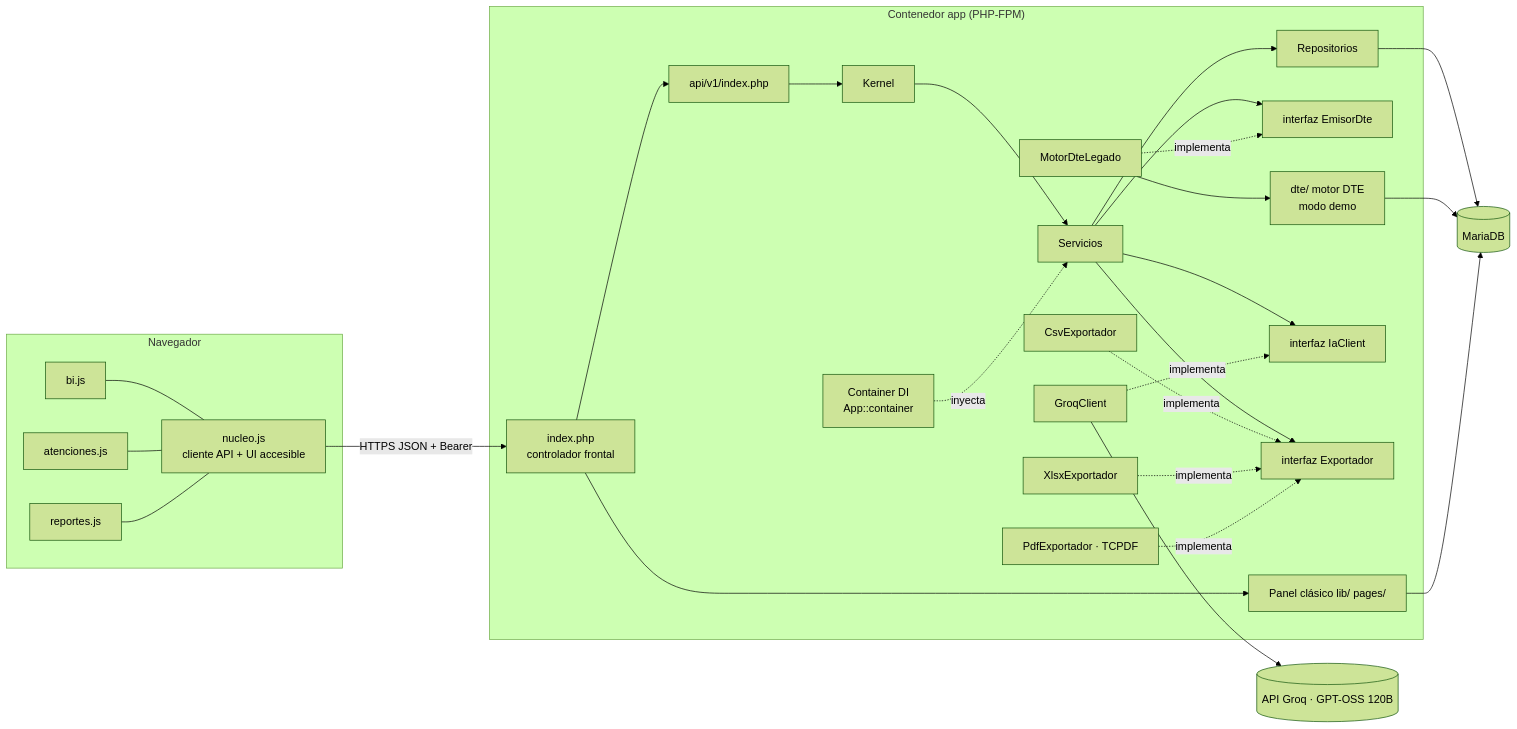
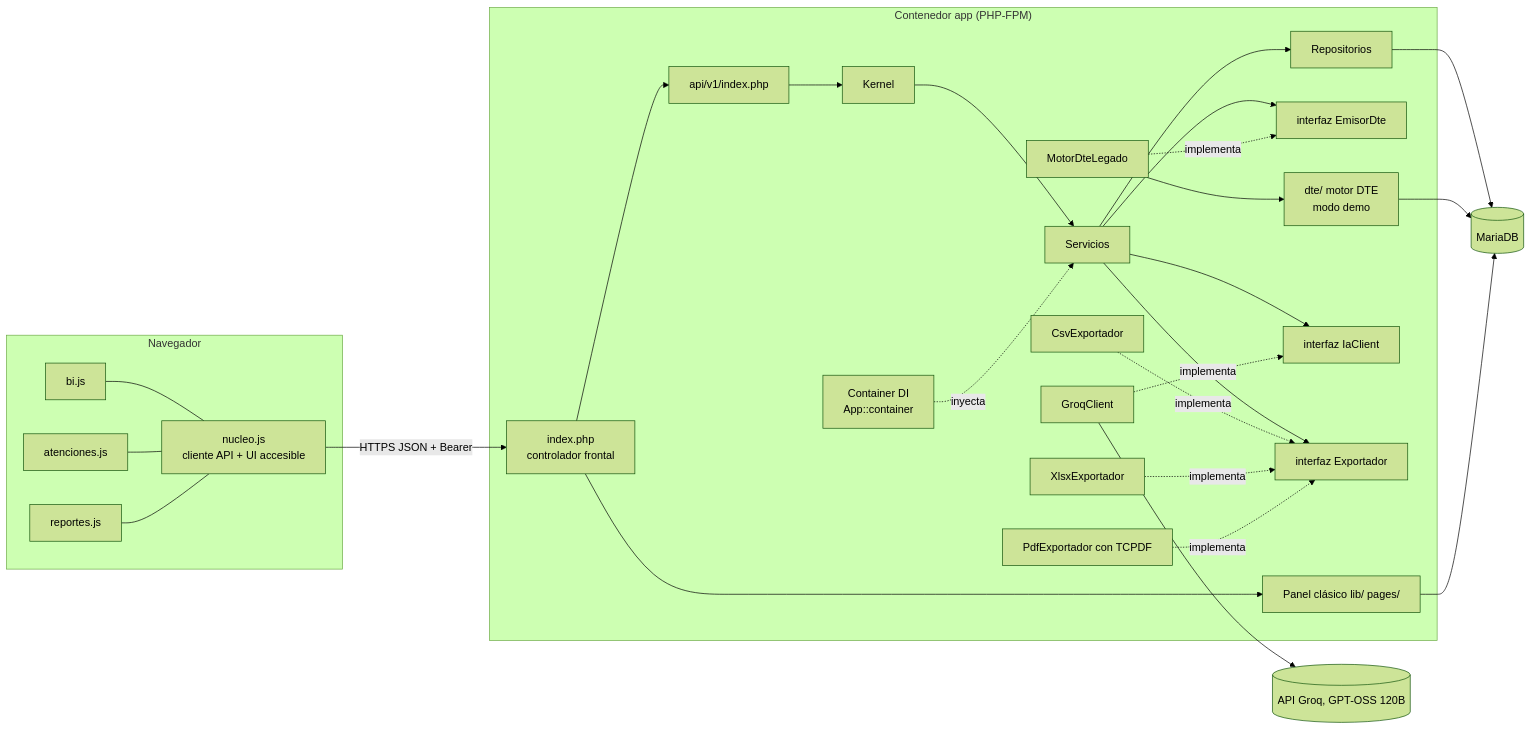
Before and after one commit to RocioBelenVG/Eval3EspacioLuzdemo: the diagram in docs/diagramas/03_componentes.mmd, drawn with Mermaid (forest theme). The commit also changed 17 other files, not shown here.

```diff
--- a/docs/diagramas/03_componentes.mmd
+++ b/docs/diagramas/03_componentes.mmd
@@ -1,42 +1,42 @@
 flowchart LR
     subgraph NAV["Navegador"]
         JS["nucleo.js<br/>cliente API + UI accesible"]
         BI["bi.js"] --- JS
         AT["atenciones.js"] --- JS
         RP["reportes.js"] --- JS
     end
     subgraph APP["Contenedor app (PHP-FPM)"]
         IDX["index.php<br/>controlador frontal"]
         V1["api/v1/index.php"]
         KER["Kernel"]
         CT["Container DI<br/>App::container"]
         SVC["Servicios"]
         REP["Repositorios"]
         EMI["interfaz EmisorDte"]
         MOT["MotorDteLegado"]
         DTE["dte/ motor DTE<br/>modo demo"]
         IAI["interfaz IaClient"]
         GROQ["GroqClient"]
         EXP["interfaz Exportador"]
         CSV["CsvExportador"]
         XLS["XlsxExportador"]
-        PDF["PdfExportador · TCPDF"]
+        PDF["PdfExportador con TCPDF"]
         LEG["Panel clásico lib/ pages/"]
     end
     DBX[("MariaDB")]
-    LLM[("API Groq · GPT-OSS 120B")]
+    LLM[("API Groq, GPT-OSS 120B")]
     JS -- "HTTPS JSON + Bearer" --> IDX --> V1 --> KER --> SVC
     IDX --> LEG
     CT -. "inyecta" .-> SVC
     SVC --> REP --> DBX
     SVC --> EMI
     MOT -. "implementa" .-> EMI
     MOT --> DTE --> DBX
     SVC --> IAI
     GROQ -. "implementa" .-> IAI
     GROQ --> LLM
     SVC --> EXP
     CSV -. "implementa" .-> EXP
     XLS -. "implementa" .-> EXP
     PDF -. "implementa" .-> EXP
     LEG --> DBX
```
